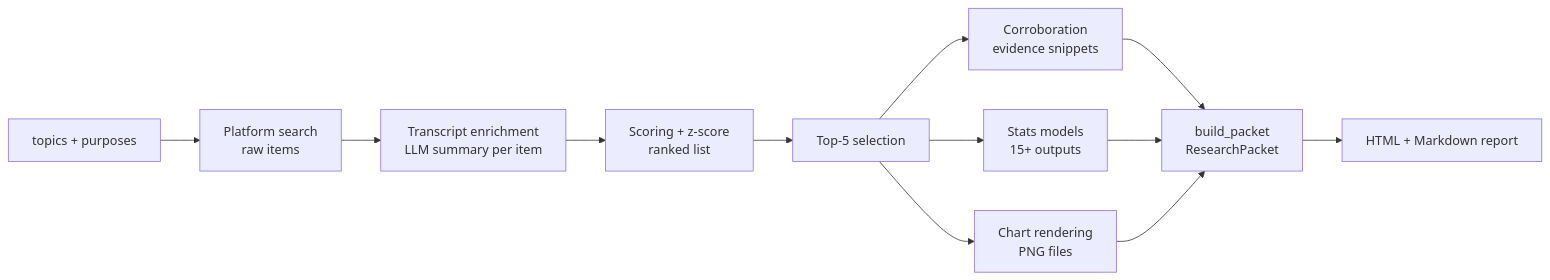
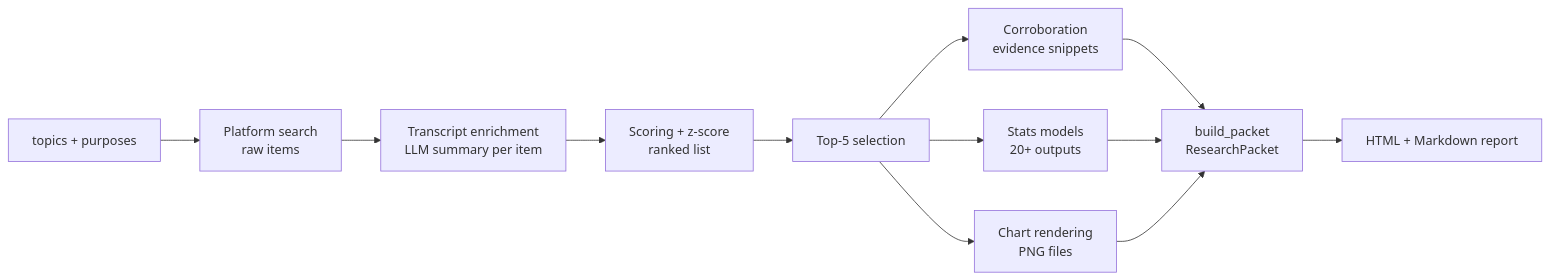
The diagram in docs/diagrams/src/data-flow.mmd (reshinto/social-research-probe), drawn with Mermaid before and after one commit. The commit also changed 12 other files, not shown here.

First line of the commit message:
docs: refresh stale architecture diagrams to match current registries

```diff
--- a/docs/diagrams/src/data-flow.mmd
+++ b/docs/diagrams/src/data-flow.mmd
@@ -1,12 +1,12 @@
 graph LR
     A["topics + purposes"] --> B["Platform search\nraw items"]
     B --> C["Transcript enrichment\nLLM summary per item"]
     C --> D["Scoring + z-score\nranked list"]
     D --> E["Top-5 selection"]
     E --> F["Corroboration\nevidence snippets"]
-    E --> G["Stats models\n15+ outputs"]
+    E --> G["Stats models\n20+ outputs"]
     E --> H["Chart rendering\nPNG files"]
     F --> I["build_packet\nResearchPacket"]
     G --> I
     H --> I
     I --> J["HTML + Markdown report"]
```
